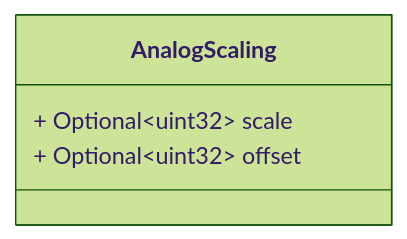
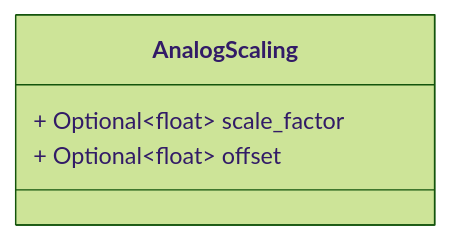
One commit to zaphiro-technologies/protobuf changed the sixth of 6 diagrams in docs/conf.proto.md. Above: the diagram before and after it, drawn with Mermaid (forest theme). The commit also changed other lines of this file and 9 other files, not shown here.

````diff
--- a/docs/conf.proto.md
+++ b/docs/conf.proto.md
@@ -159,12 +159,12 @@
 ```mermaid
 classDiagram
 direction LR
 
 %% Scaling information structure used in Config Frame 3 for Analogs.
 
 class AnalogScaling {
-  + Optional~uint32~ scale
-  + Optional~uint32~ offset
+  + Optional~float~ scale_factor
+  + Optional~float~ offset
 }
 
 ```
````
